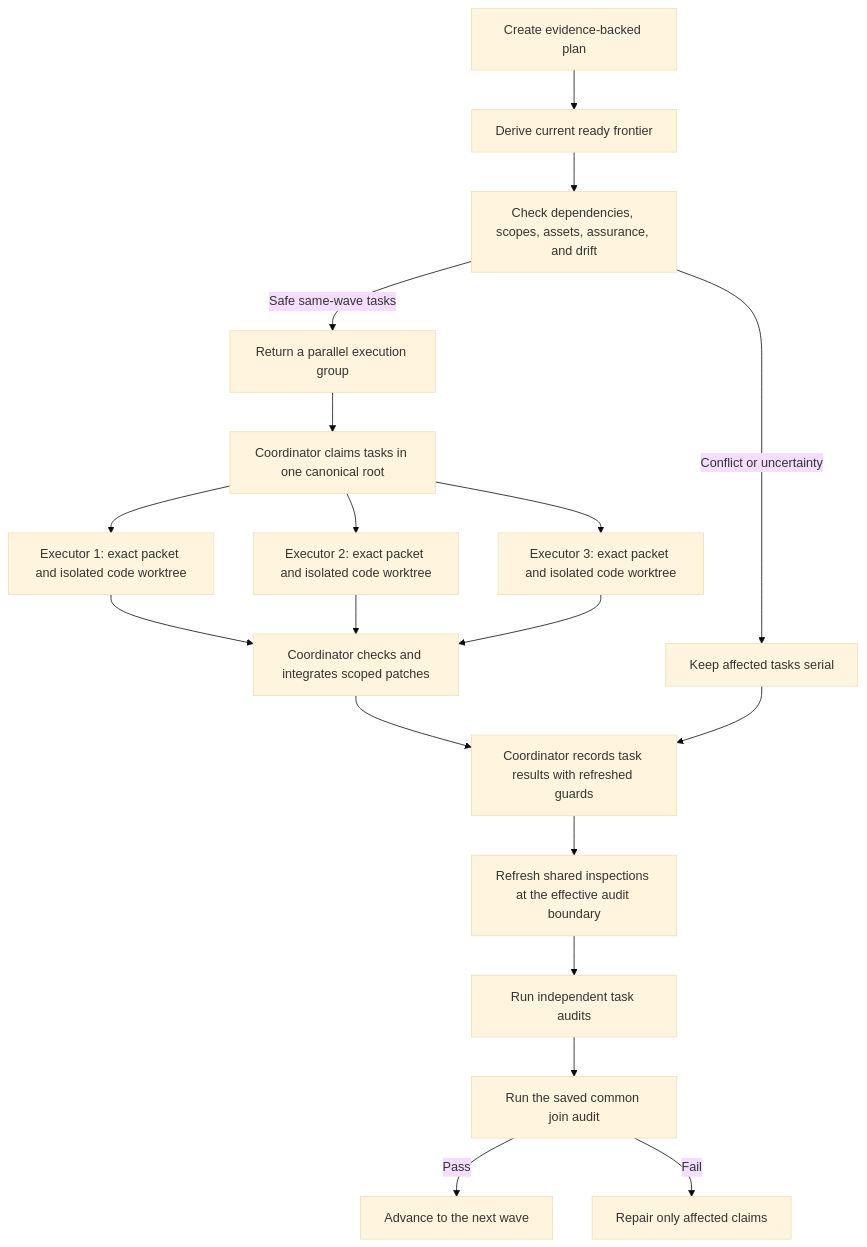
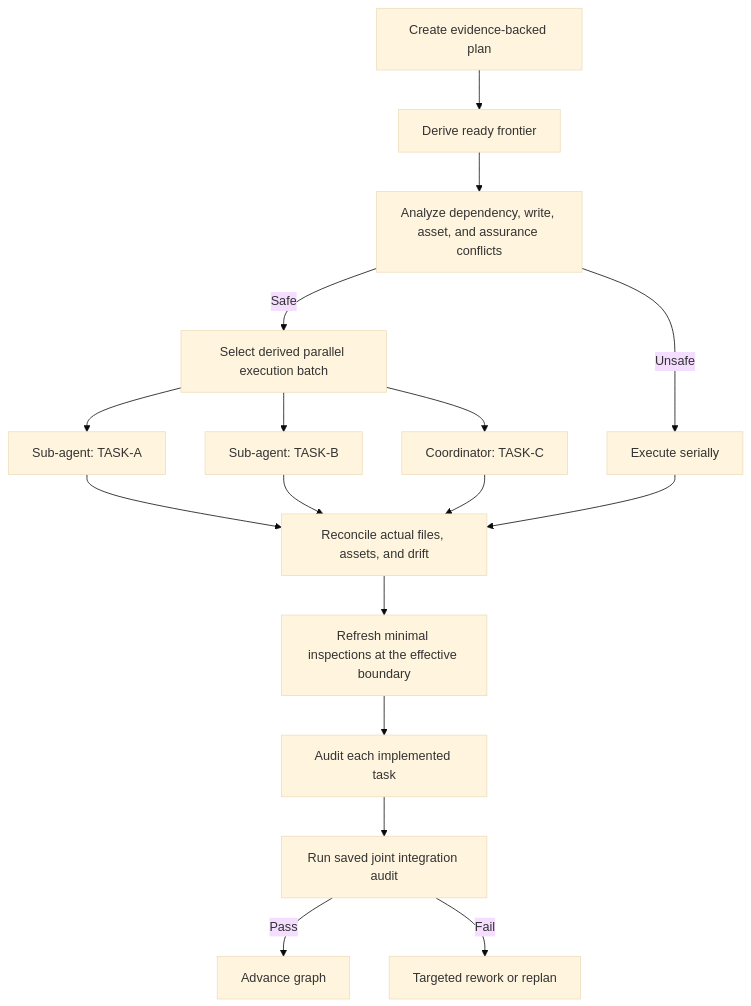
One commit to KMerdan/pyramid-task changed the diagram in README.md. Above: the diagram before and after it, drawn with Mermaid (base theme). The commit also changed other lines of this file and 7 other files, not shown here.

Commit message:
Document parallel execution identity

````diff
--- a/README.md
+++ b/README.md
@@ -84,21 +84,19 @@
 ```mermaid
 flowchart TD
-    P["Create evidence-backed plan"] --> F["Derive current ready frontier"]
-    F --> C["Check dependencies, scopes, assets, assurance, and drift"]
-    C -->|"Safe same-wave tasks"| G["Return a parallel execution group"]
-    C -->|"Conflict or uncertainty"| S["Keep affected tasks serial"]
-    G --> K["Coordinator claims tasks in one canonical root"]
-    K --> A1["Executor 1: exact packet and isolated code worktree"]
-    K --> A2["Executor 2: exact packet and isolated code worktree"]
-    K --> A3["Executor 3: exact packet and isolated code worktree"]
-    A1 --> I["Coordinator checks and integrates scoped patches"]
-    A2 --> I
-    A3 --> I
-    I --> U["Coordinator records task results with refreshed guards"]
-    U --> R["Refresh shared inspections at the effective audit boundary"]
-    R --> T["Run independent task audits"]
-    T --> J["Run the saved common join audit"]
-    J -->|"Pass"| N["Advance to the next wave"]
-    J -->|"Fail"| X["Repair only affected claims"]
-    S --> U
+    P["Create evidence-backed plan"] --> F["Derive ready frontier"]
+    F --> C["Analyze dependency, write, asset, and assurance conflicts"]
+    C -->|Safe| G["Select derived parallel execution batch"]
+    C -->|Unsafe| S["Execute serially"]
+    G --> A1["Sub-agent: TASK-A"]
+    G --> A2["Sub-agent: TASK-B"]
+    G --> A3["Coordinator: TASK-C"]
+    A1 --> R["Reconcile actual files, assets, and drift"]
+    A2 --> R
+    A3 --> R
+    S --> R
+    R --> I["Refresh minimal inspections at the effective boundary"]
+    I --> T["Audit each implemented task"]
+    T --> J["Run saved joint integration audit"]
+    J -->|Pass| N["Advance graph"]
+    J -->|Fail| W["Targeted rework or replan"]
 ```
````
